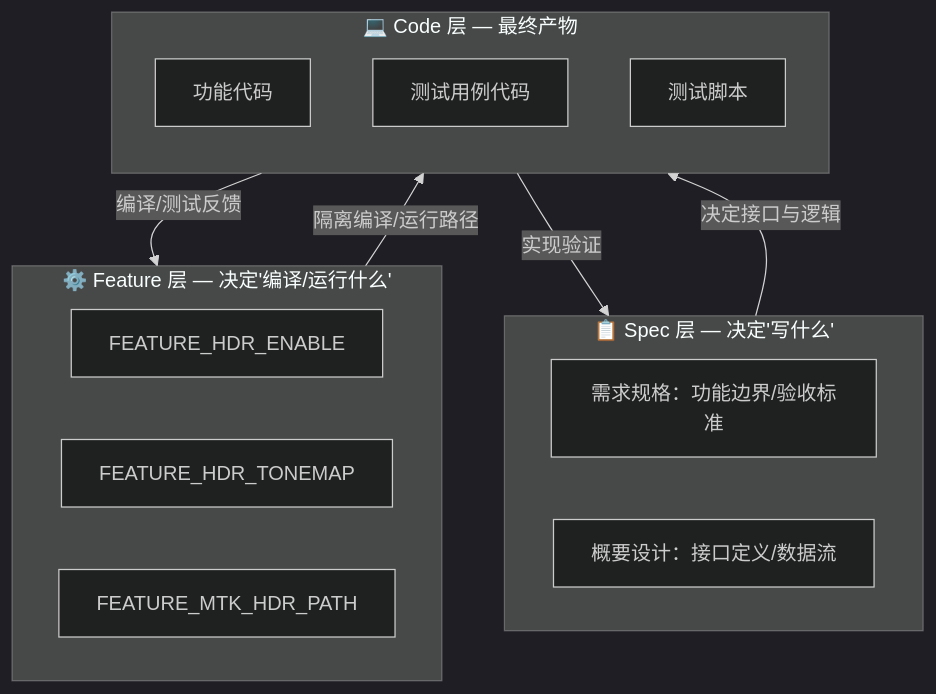
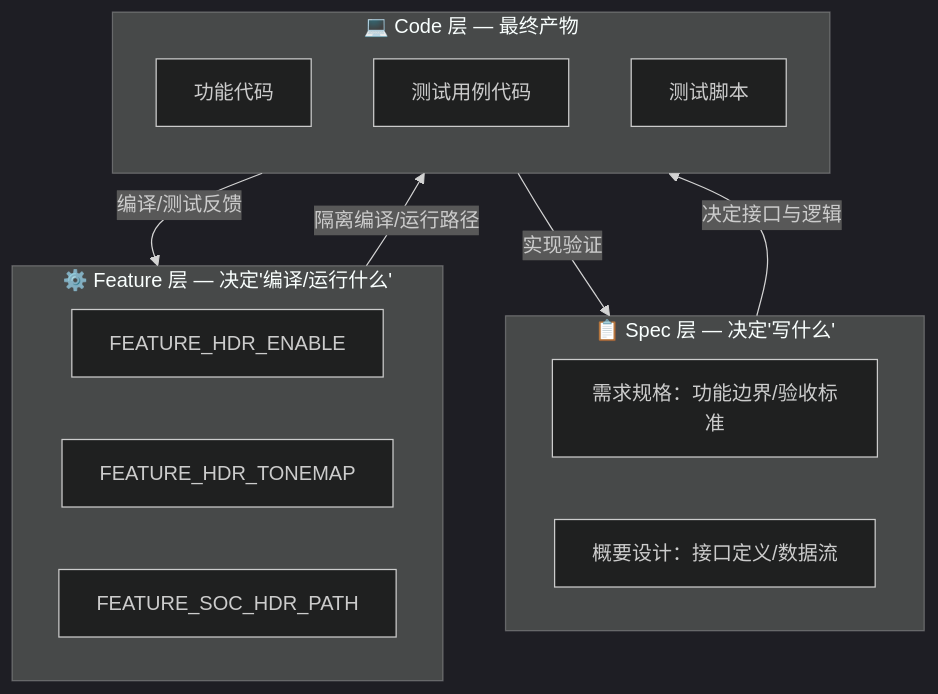
Before and after one commit to liuzidong123/harness-adk: the ninth of 28 diagrams in feature_spec_knowledge.md, drawn with Mermaid (dark theme). The commit also changed other lines of this file, not shown here.

````diff
--- a/feature_spec_knowledge.md
+++ b/feature_spec_knowledge.md
@@ -517,25 +517,25 @@
 ```mermaid
 flowchart TB
     subgraph SpecLayer["📋 Spec 层 — 决定'写什么'"]
         SP1[需求规格：功能边界/验收标准]
         SP2[概要设计：接口定义/数据流]
     end
 
     subgraph FeatureLayer["⚙️ Feature 层 — 决定'编译/运行什么'"]
         F1[FEATURE_HDR_ENABLE]
         F2[FEATURE_HDR_TONEMAP]
-        F3[FEATURE_MTK_HDR_PATH]
+        F3[FEATURE_SOC_HDR_PATH]
     end
 
     subgraph CodeLayer["💻 Code 层 — 最终产物"]
         direction TB
         C1[功能代码]
         C2[测试用例代码]
         C3[测试脚本]
     end
 
     SpecLayer -->|决定接口与逻辑| CodeLayer
     FeatureLayer -->|隔离编译/运行路径| CodeLayer
     CodeLayer -->|编译/测试反馈| FeatureLayer
     CodeLayer -->|实现验证| SpecLayer
 ```
````
